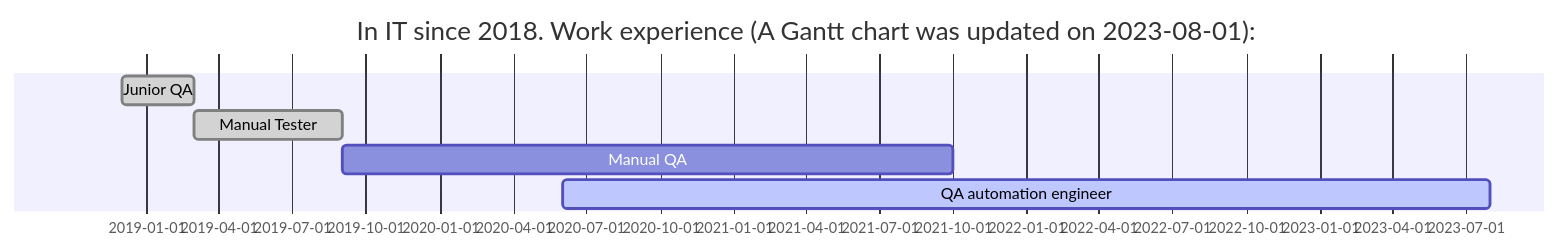
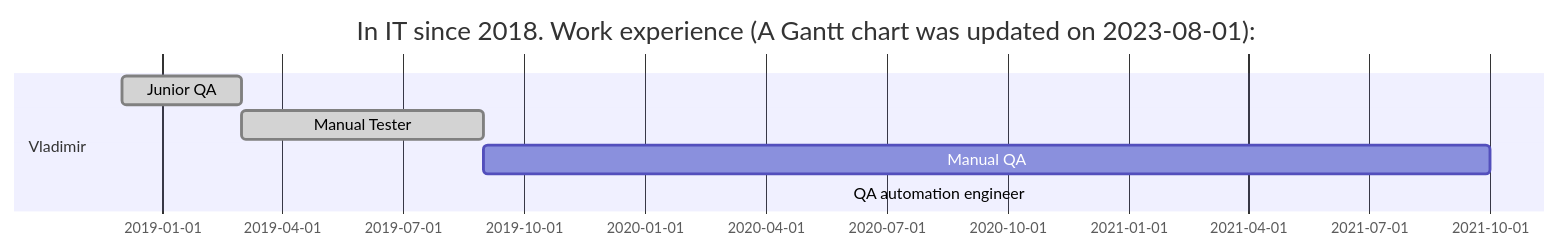
One commit to A-d-am/A-d-am changed the diagram in README.md. Above: the diagram before and after it, drawn with Mermaid.

````diff
--- a/README.md
+++ b/README.md
@@ -7,9 +7,10 @@
 ```mermaid
   gantt 
     title In IT since 2018. Work experience (A Gantt chart was updated on 2023-08-01):
     dateFormat  YYYY-MM
+    section Vladimir
     Junior QA         :done, 2018-12, 90d
     Manual Tester	  :done, 2019-03, 2019-09
     Manual QA         :after, 2019-09, 2021-10
-    QA automation engineer     :active, 2020-06, 2023-08
+    QA automation engineer     :active, 2020-06, current
 ```
````
